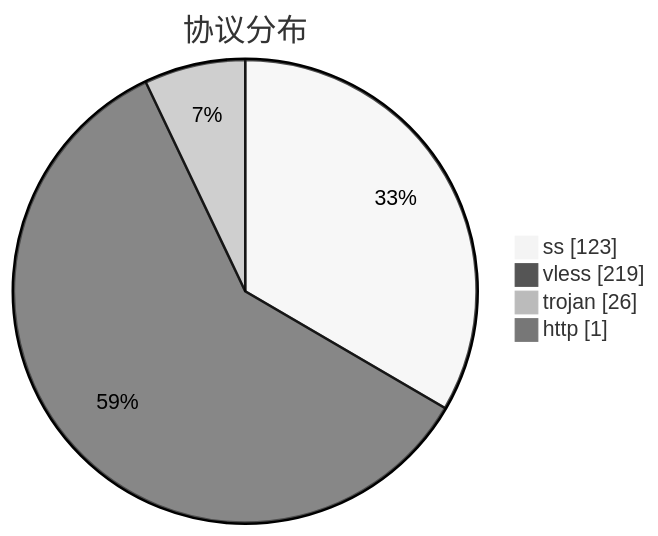
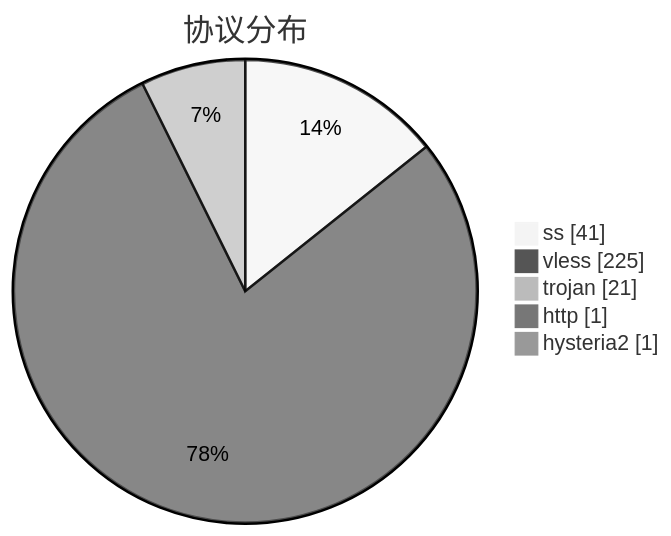
The third of 3 diagrams in subs/statistics/tested_within.md (qjlxg/airport), drawn with Mermaid (neutral theme) before and after one commit. The commit also changed other lines of this file and 2 other files, not shown here.

````diff
--- a/subs/statistics/tested_within.md
+++ b/subs/statistics/tested_within.md
@@ -19,8 +18,9 @@
 ```mermaid
 pie showData
 title 协议分布
-"ss" : 123
-"vless" : 219
-"trojan" : 26
+"ss" : 41
+"vless" : 225
+"trojan" : 21
 "http" : 1
+"hysteria2" : 1
 ```
````
